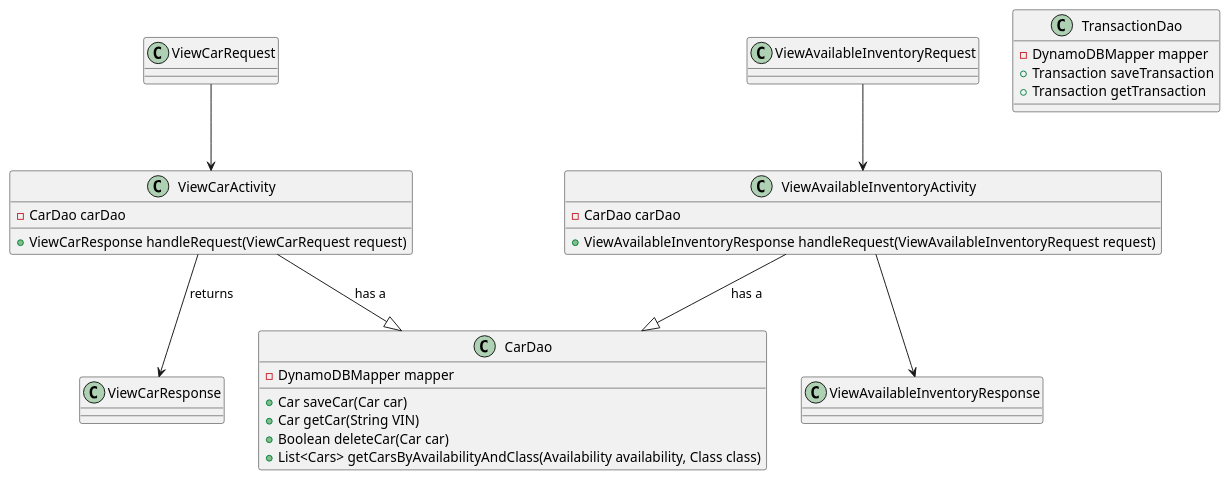
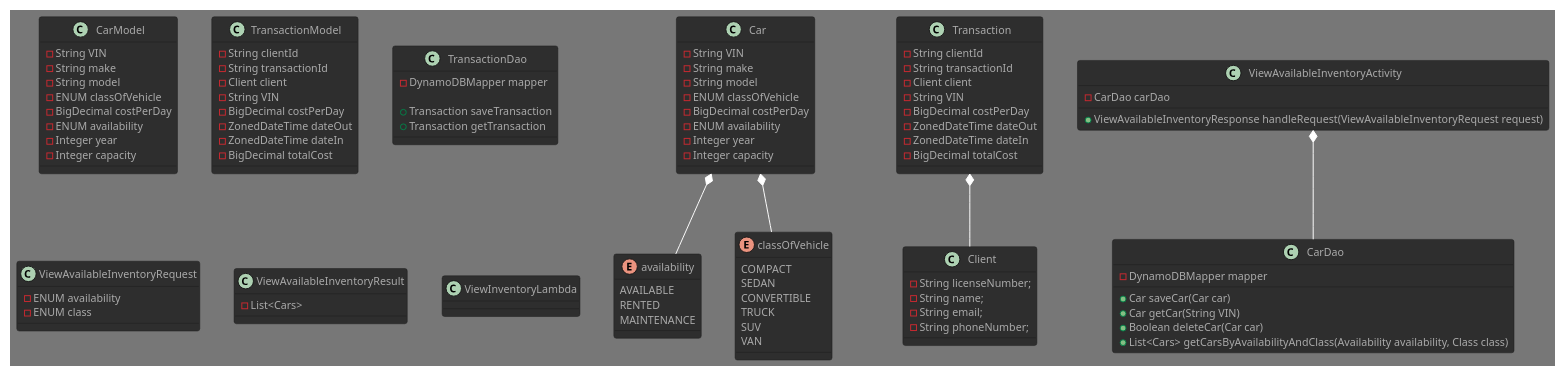
The diagram in MuddathersCarRentalServiceLambda/src/main/resources/RentalCarService.puml (pemheath/rental-car-app), drawn with PlantUML before and after one commit.

Commit message:
created a basic class diagram

```diff
--- a/MuddathersCarRentalServiceLambda/src/main/resources/RentalCarService.puml
+++ b/MuddathersCarRentalServiceLambda/src/main/resources/RentalCarService.puml
@@ -1,49 +1,156 @@
 @startuml
-'https://plantuml.com/class-diagram
+!theme reddress-darkblue
+
+''''''''''''''''''''''''''''''''''''''''''''''''''''''''''''''''''''''''''''''''''''''''''''''''''''''''''''''''''''''''
+
+class Car {
+    - String VIN
+    - String make
+    - String model
+    - ENUM classOfVehicle
+    - BigDecimal costPerDay
+    - ENUM availability
+    - Integer year
+    - Integer capacity
+}
+
+class Transaction {
+    - String clientId
+    - String transactionId
+    - Client client
+    - String VIN
+    - BigDecimal costPerDay
+    - ZonedDateTime dateOut
+    - ZonedDateTime dateIn
+    - BigDecimal totalCost
+}
+
+class Client {
+    - String licenseNumber;
+    - String name;
+    - String email;
+    - String phoneNumber;
+}
+
+''''''''''''''''''''''''''''''''''''''''''''''''''''''''''''''''''''''''''''''''''''''''''''''''''''''''''''''''''''''''
+''''''''''''''''''''''''''''''''''''''''''''''''''''''''''''''''''''''''''''''''''''''''''''''''''''''''''''''''''''''''
+
+class CarModel {
+    - String VIN
+    - String make
+    - String model
+    - ENUM classOfVehicle
+    - BigDecimal costPerDay
+    - ENUM availability
+    - Integer year
+    - Integer capacity
+}
+
+class TransactionModel {
+    - String clientId
+    - String transactionId
+    - Client client
+    - String VIN
+    - BigDecimal costPerDay
+    - ZonedDateTime dateOut
+    - ZonedDateTime dateIn
+    - BigDecimal totalCost
+}
+
+''''''''''''''''''''''''''''''''''''''''''''''''''''''''''''''''''''''''''''''''''''''''''''''''''''''''''''''''''''''''
+''''''''''''''''''''''''''''''''''''''''''''''''''''''''''''''''''''''''''''''''''''''''''''''''''''''''''''''''''''''''
 
 class CarDao {
--DynamoDBMapper mapper
+    -DynamoDBMapper mapper
 
-+ Car saveCar(Car car)
-+ Car getCar(String VIN)
-+ Boolean deleteCar(Car car)
-+ List<Cars> getCarsByAvailabilityAndClass(Availability availability, Class class)
+    + Car saveCar(Car car)
+    + Car getCar(String VIN)
+    + Boolean deleteCar(Car car)
+    + List<Cars> getCarsByAvailabilityAndClass(Availability availability, Class class)
+}
+
+class TransactionDao {
+    -DynamoDBMapper mapper
+
+    + Transaction saveTransaction
+    + Transaction getTransaction
+}
+
+''''''''''''''''''''''''''''''''''''''''''''''''''''''''''''''''''''''''''''''''''''''''''''''''''''''''''''''''''''''''
+''''''''''''''''''''''''''''''''''''''''''''''''''''''''''''''''''''''''''''''''''''''''''''''''''''''''''''''''''''''''
+
+enum availability {
+    AVAILABLE
+    RENTED
+    MAINTENANCE
+}
+
+enum classOfVehicle {
+    COMPACT
+    SEDAN
+    CONVERTIBLE
+    TRUCK
+    SUV
+    VAN
+}
+
+''''''''''''''''''''''''''''''''''''''''''''''''''''''''''''''''''''''''''''''''''''''''''''''''''''''''''''''''''''''''
+''''''''''''''''''''''''''''''''''''''''''''''''''''''''''''''''''''''''''''''''''''''''''''''''''''''''''''''''''''''''
+
+class ViewAvailableInventoryActivity {
+    -CarDao carDao
+
+    +ViewAvailableInventoryResponse handleRequest(ViewAvailableInventoryRequest request)
+}
+
+'class ViewCarActivity {
+'    - CarDao carDao
+'
+'    + ViewCarResponse handleRequest(ViewCarRequest request)
+'}
+
+''''''''''''''''''''''''''''''''''''''''''''''''''''''''''''''''''''''''''''''''''''''''''''''''''''''''''''''''''''''''''''''''''''''''''''''''''''''''''''''''''''''''''''''''''''''''''''''''''''''''''''''''''''''''''''''''''''''''''''''''
+''''''''''''''''''''''''''''''''''''''''''''''''''''''''''''''''''''''''''''''''''''''''''''''''''''''''''''''''''''''''
+
+class ViewAvailableInventoryRequest {
+    - ENUM availability
+    - ENUM class
+}
+
+''''''''''''''''''''''''''''''''''''''''''''''''''''''''''''''''''''''''''''''''''''''''''''''''''''''''''''''''''''''''
+''''''''''''''''''''''''''''''''''''''''''''''''''''''''''''''''''''''''''''''''''''''''''''''''''''''''''''''''''''''''
+
+class ViewAvailableInventoryResult {
+    - List<Cars>
+}
+
+''''''''''''''''''''''''''''''''''''''''''''''''''''''''''''''''''''''''''''''''''''''''''''''''''''''''''''''''''''''''
+''''''''''''''''''''''''''''''''''''''''''''''''''''''''''''''''''''''''''''''''''''''''''''''''''''''''''''''''''''''''
+
+class ViewInventoryLambda {
 
 }
 
-class TransactionDao {
--DynamoDBMapper mapper
-+ Transaction saveTransaction
-+ Transaction getTransaction
+''''''''''''''''''''''''''''''''''''''''''''''''''''''''''''''''''''''''''''''''''''''''''''''''''''''''''''''''''''''''
+''''''''''''''''''''''''''''''''''''''''''''''''''''''''''''''''''''''''''''''''''''''''''''''''''''''''''''''''''''''''
+''''''''''''''''''''''''''''''''''''''''''''''''''''''''''''''''''''''''''''''''''''''''''''''''''''''''''''''''''''''''
 
-}
+ViewAvailableInventoryActivity *-- CarDao
 
-class ViewCarActivity{
-- CarDao carDao
-+ ViewCarResponse handleRequest(ViewCarRequest request)
-}
+''''''''''''''''''''''''''''''''''''''''''''''''''''''''''''''''''''''''''''''''''''''''''''''''''''''''''''''''''''''''
+''''''''''''''''''''''''''''''''''''''''''''''''''''''''''''''''''''''''''''''''''''''''''''''''''''''''''''''''''''''''
 
-class ViewCarResponse{}
+Transaction *-- Client
 
-class ViewCarRequest{}
+''''''''''''''''''''''''''''''''''''''''''''''''''''''''''''''''''''''''''''''''''''''''''''''''''''''''''''''''''''''''
+''''''''''''''''''''''''''''''''''''''''''''''''''''''''''''''''''''''''''''''''''''''''''''''''''''''''''''''''''''''''
 
-class ViewAvailableInventoryActivity{
--CarDao carDao
-+ViewAvailableInventoryResponse handleRequest(ViewAvailableInventoryRequest request)
-}
+Car *-- availability
+Car *-- classOfVehicle
 
-class ViewAvailableInventoryResponse{}
+'ViewAvailableInventoryRequest *-- availability
+'ViewAvailableInventoryRequest *-- classOfVehicle
 
-class ViewAvailableInventoryRequest {}
-
-ViewCarRequest --> ViewCarActivity
-ViewCarActivity-->ViewCarResponse : returns
-ViewCarActivity --|> CarDao : has a
-
-ViewAvailableInventoryRequest --> ViewAvailableInventoryActivity
-ViewAvailableInventoryActivity-->ViewAvailableInventoryResponse
-ViewAvailableInventoryActivity --|> CarDao : has a
-
-
+''''''''''''''''''''''''''''''''''''''''''''''''''''''''''''''''''''''''''''''''''''''''''''''''''''''''''''''''''''''''
 
 @enduml
```
